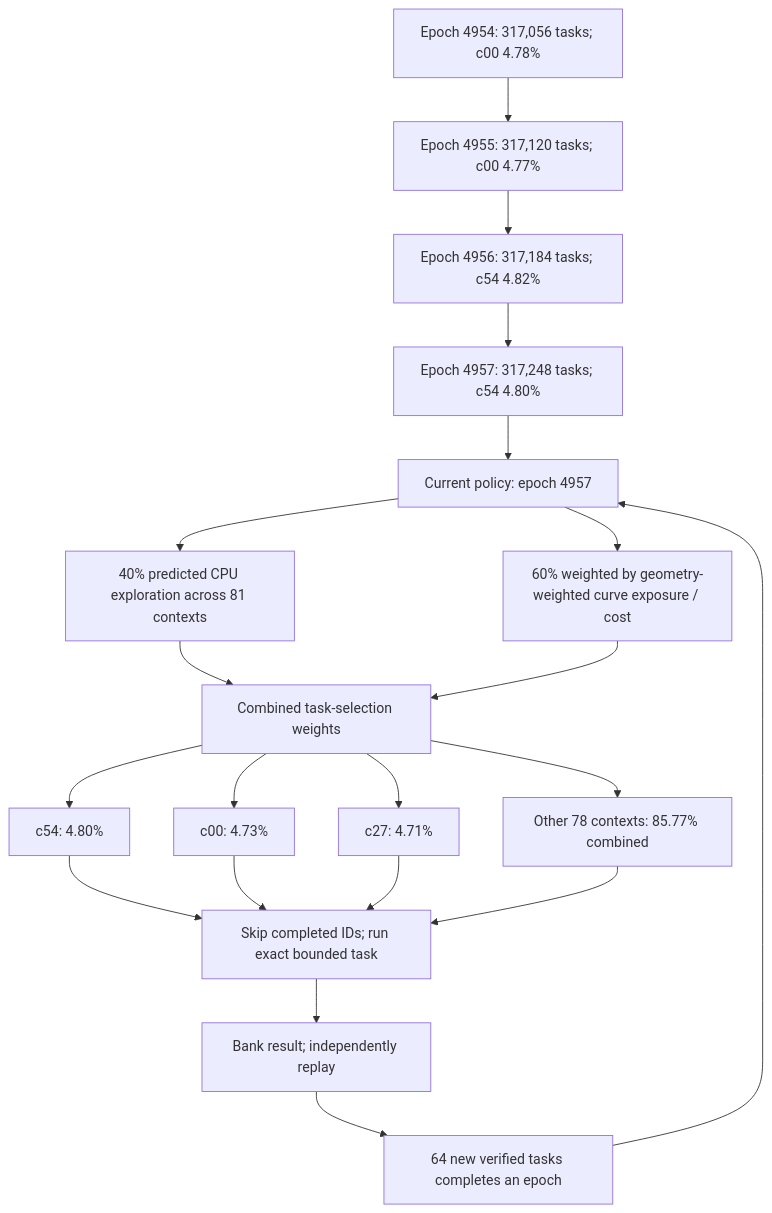
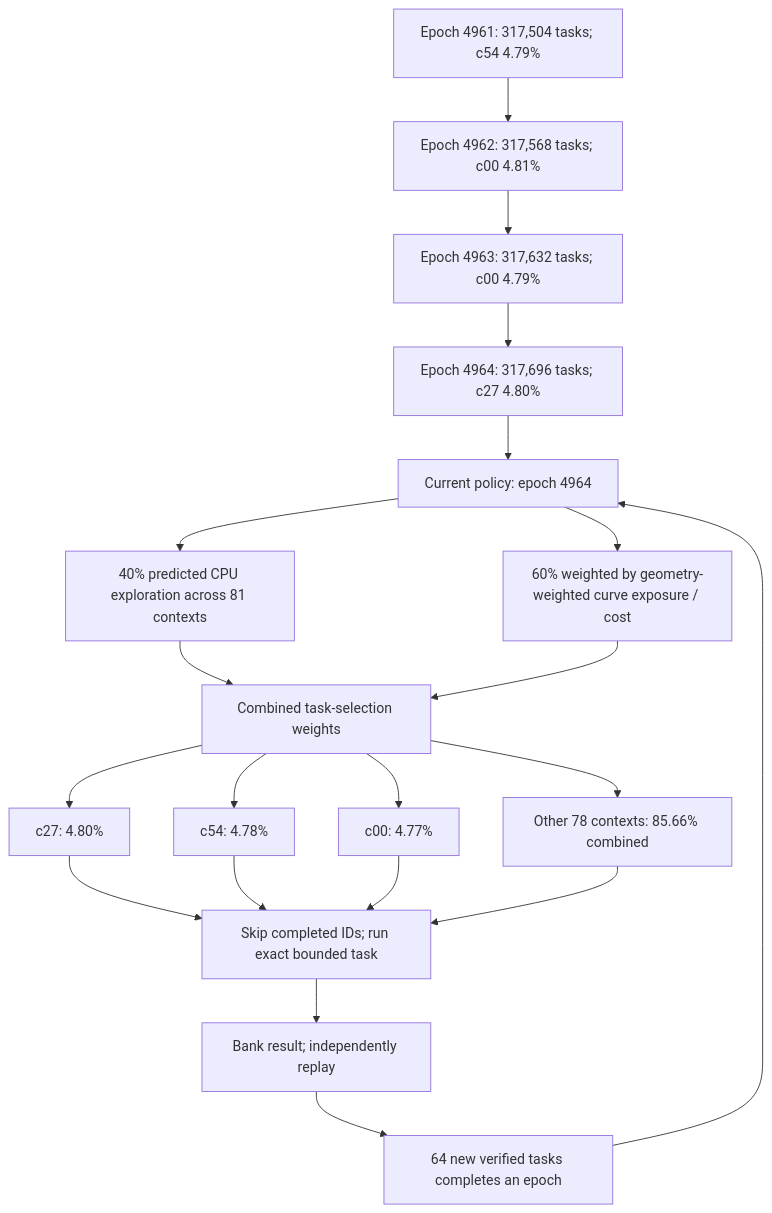
The first of 3 diagrams in README.md (Kuberwastaken/math-gambling), drawn with Mermaid before and after one commit. The commit also changed other lines of this file and 1178 other files, not shown here.

````diff
--- a/README.md
+++ b/README.md
@@ -60,27 +60,27 @@
 ```mermaid
 flowchart TD
-    H0["Epoch 4954: 317,056 tasks; c00 4.78%"]
-    H1["Epoch 4955: 317,120 tasks; c00 4.77%"]
+    H0["Epoch 4961: 317,504 tasks; c54 4.79%"]
+    H1["Epoch 4962: 317,568 tasks; c00 4.81%"]
     H0 --> H1
-    H2["Epoch 4956: 317,184 tasks; c54 4.82%"]
+    H2["Epoch 4963: 317,632 tasks; c00 4.79%"]
     H1 --> H2
-    H3["Epoch 4957: 317,248 tasks; c54 4.80%"]
+    H3["Epoch 4964: 317,696 tasks; c27 4.80%"]
     H2 --> H3
-    Policy["Current policy: epoch 4957"]
+    Policy["Current policy: epoch 4964"]
     H3 --> Policy
     Policy --> Explore["40% predicted CPU exploration across 81 contexts"]
     Policy --> Cost["60% weighted by geometry-weighted curve exposure / cost"]
     Explore --> Mix["Combined task-selection weights"]
     Cost --> Mix
-    Mix --> C0["c54: 4.80%"]
-    Mix --> C1["c00: 4.73%"]
-    Mix --> C2["c27: 4.71%"]
-    Mix --> Rest["Other 78 contexts: 85.77% combined"]
+    Mix --> C0["c27: 4.80%"]
+    Mix --> C1["c54: 4.78%"]
+    Mix --> C2["c00: 4.77%"]
+    Mix --> Rest["Other 78 contexts: 85.66% combined"]
     C0 --> Check["Skip completed IDs; run exact bounded task"]
     C1 --> Check
     C2 --> Check
     Rest --> Check
     Check --> Replay["Bank result; independently replay"]
     Replay --> Gate["64 new verified tasks completes an epoch"]
     Gate --> Policy
 ```
````
